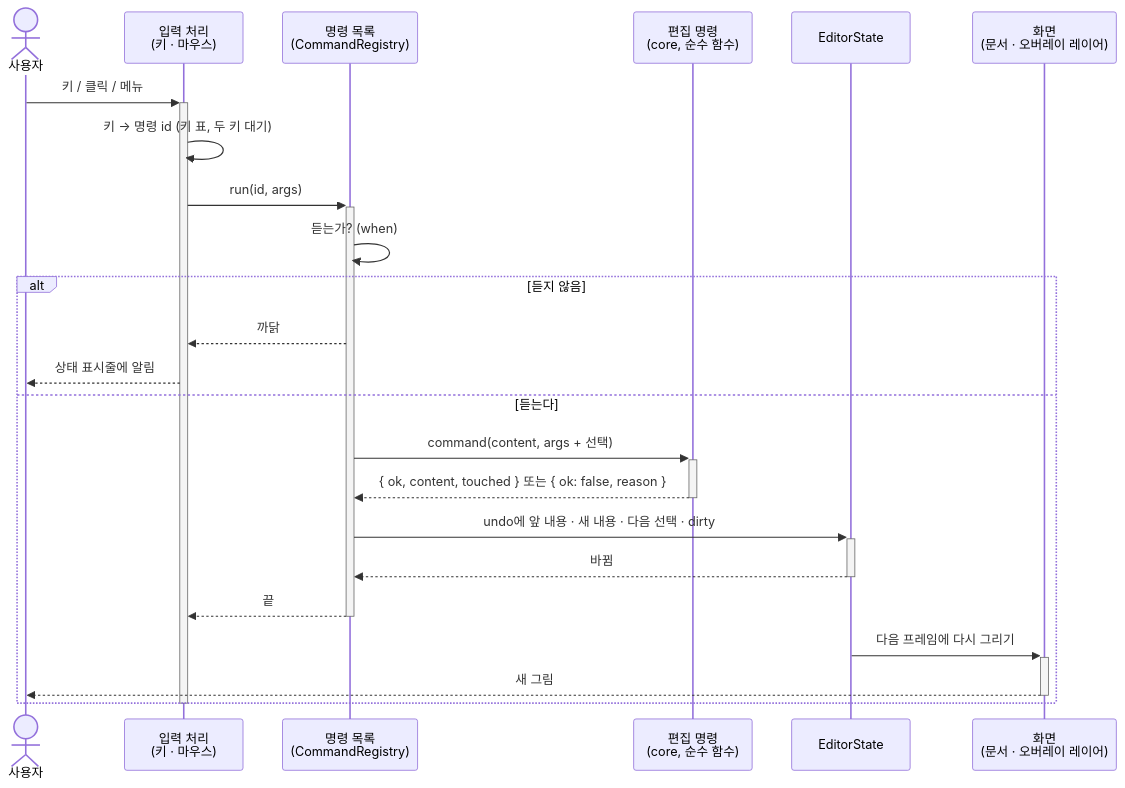
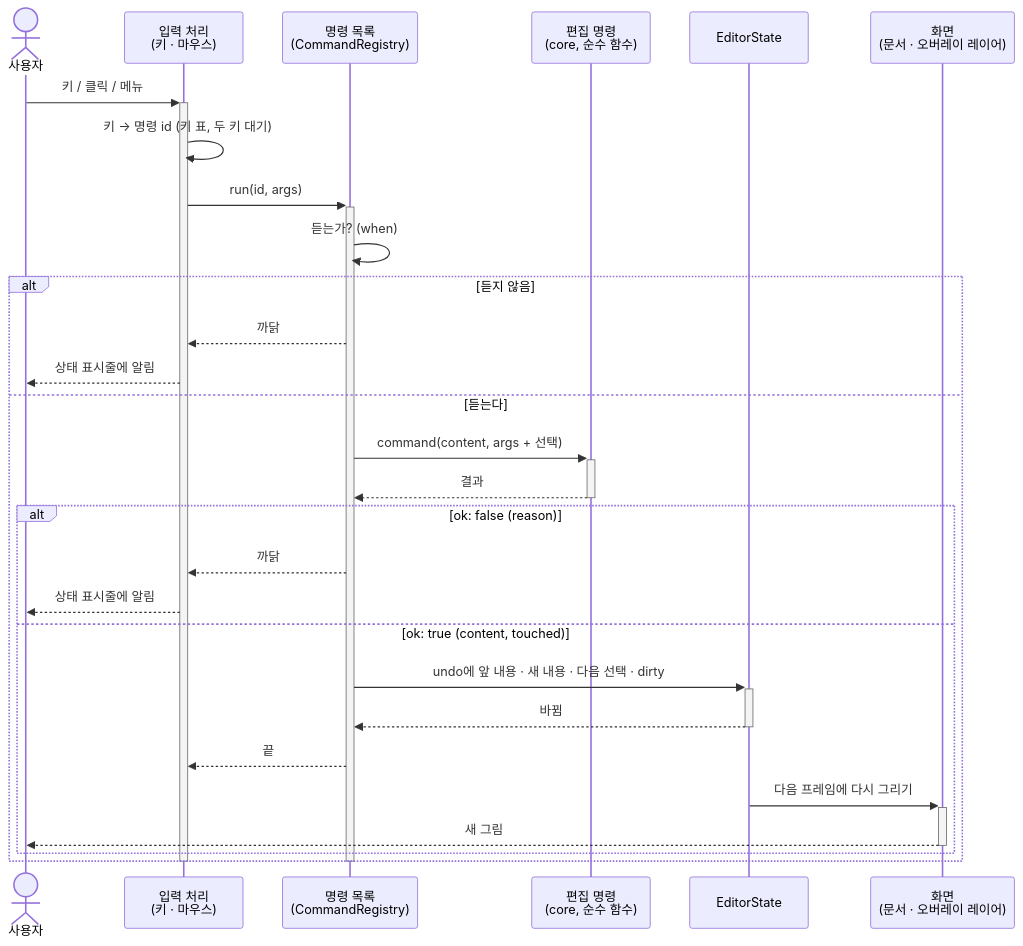
Before and after one commit to reddiana/AriadneNSD: the diagram in docs/04-design/03-editor.md, drawn with Mermaid. The commit also changed other lines of this file and 23 other files, not shown here.

````diff
--- a/docs/04-design/03-editor.md
+++ b/docs/04-design/03-editor.md
@@ -108,26 +109,32 @@
 ```mermaid
 sequenceDiagram
     actor U as 사용자
     participant I as 입력 처리<br/>(키 · 마우스)
     participant R as 명령 목록<br/>(CommandRegistry)
     participant C as 편집 명령<br/>(core, 순수 함수)
     participant S as EditorState
     participant D as 화면<br/>(문서 · 오버레이 레이어)
     U->>+I: 키 / 클릭 / 메뉴
     I->>I: 키 → 명령 id (키 표, 두 키 대기)
     I->>+R: run(id, args)
     R->>R: 듣는가? (when)
     alt 듣지 않음
         R-->>I: 까닭
         I-->>U: 상태 표시줄에 알림
     else 듣는다
         R->>+C: command(content, args + 선택)
-        C-->>-R: { ok, content, touched } 또는 { ok: false, reason }
-        R->>+S: undo에 앞 내용 · 새 내용 · 다음 선택 · dirty
-        S-->>-R: 바뀜
-        R-->>-I: 끝
-        S->>+D: 다음 프레임에 다시 그리기
-        D-->>-U: 새 그림
+        C-->>-R: 결과
+        alt ok: false (reason)
+            R-->>I: 까닭
+            I-->>U: 상태 표시줄에 알림
+        else ok: true (content, touched)
+            R->>+S: undo에 앞 내용 · 새 내용 · 다음 선택 · dirty
+            S-->>-R: 바뀜
+            R-->>I: 끝
+            S->>+D: 다음 프레임에 다시 그리기
+            D-->>-U: 새 그림
+        end
     end
+    deactivate R
     deactivate I
 ```
````
